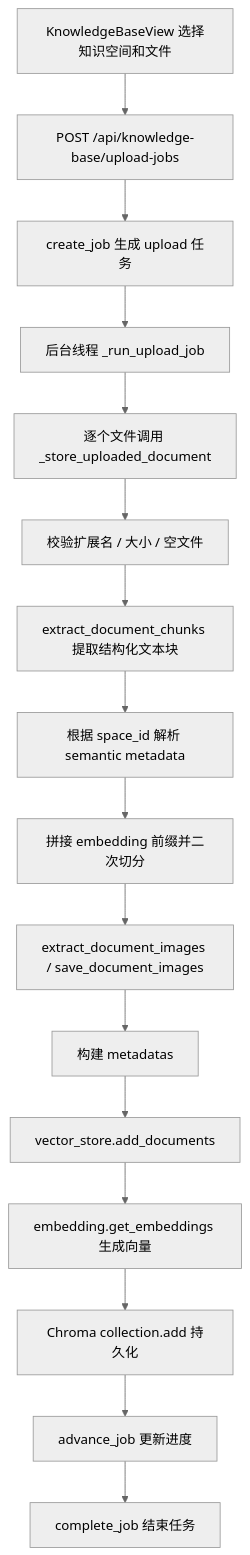
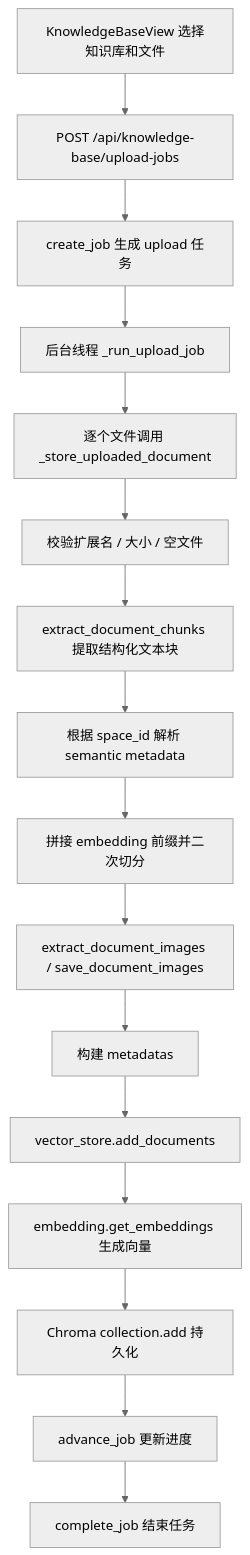
The third of 7 diagrams in docs/项目执行流程分析.md (emotion-exit/rag-agent), drawn with Mermaid (neutral theme) before and after one commit. The commit also changed other lines of this file and 22 other files, not shown here.

````diff
--- a/docs/项目执行流程分析.md
+++ b/docs/项目执行流程分析.md
@@ -261,18 +247,18 @@
 ```mermaid
 flowchart TD
-  A["KnowledgeBaseView 选择知识空间和文件"] --> B["POST /api/knowledge-base/upload-jobs"]
+  A["KnowledgeBaseView 选择知识库和文件"] --> B["POST /api/knowledge-base/upload-jobs"]
   B --> C["create_job 生成 upload 任务"]
   C --> D["后台线程 _run_upload_job"]
   D --> E["逐个文件调用 _store_uploaded_document"]
   E --> F["校验扩展名 / 大小 / 空文件"]
   F --> G["extract_document_chunks 提取结构化文本块"]
   G --> H["根据 space_id 解析 semantic metadata"]
   H --> I["拼接 embedding 前缀并二次切分"]
   I --> J["extract_document_images / save_document_images"]
   J --> K["构建 metadatas"]
   K --> L["vector_store.add_documents"]
   L --> M["embedding.get_embeddings 生成向量"]
   M --> N["Chroma collection.add 持久化"]
   N --> O["advance_job 更新进度"]
   O --> P["complete_job 结束任务"]
 ```
````
